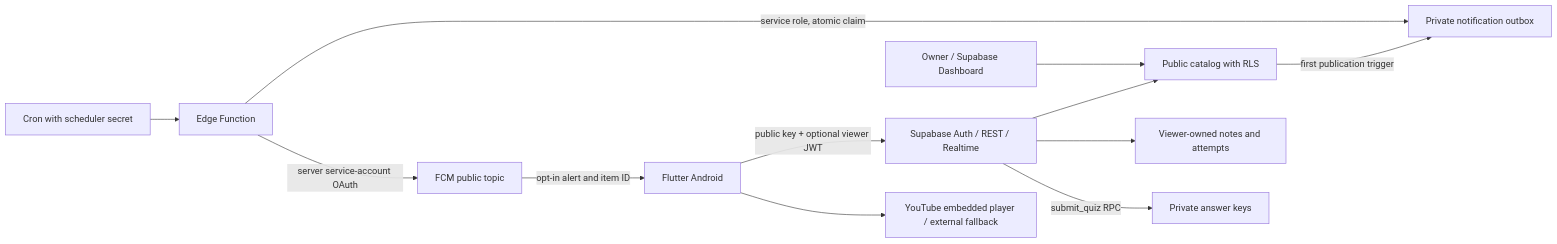
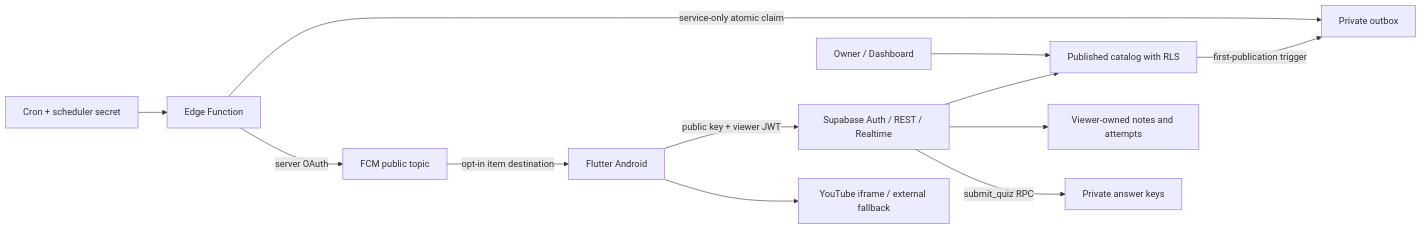
Before and after one commit to Ashiy-Ishan/curlymax_official: the diagram in docs/ARCHITECTURE.md, drawn with Mermaid. The commit also changed other lines of this file and 59 other files, not shown here.

````diff
--- a/docs/ARCHITECTURE.md
+++ b/docs/ARCHITECTURE.md
@@ -5,14 +13,14 @@
 ```mermaid
 flowchart LR
-  A[Flutter Android] -->|public key + optional viewer JWT| B[Supabase Auth / REST / Realtime]
-  B --> C[Public catalog with RLS]
+  A[Flutter Android] -->|public key + viewer JWT| B[Supabase Auth / REST / Realtime]
+  B --> C[Published catalog with RLS]
   B --> D[Viewer-owned notes and attempts]
   B -->|submit_quiz RPC| E[Private answer keys]
-  F[Owner / Supabase Dashboard] --> C
-  C -->|first publication trigger| G[Private notification outbox]
-  H[Cron with scheduler secret] --> I[Edge Function]
-  I -->|service role, atomic claim| G
-  I -->|server service-account OAuth| J[FCM public topic]
-  J -->|opt-in alert and item ID| A
-  A --> K[YouTube embedded player / external fallback]
+  F[Owner / Dashboard] --> C
+  C -->|first-publication trigger| G[Private outbox]
+  H[Cron + scheduler secret] --> I[Edge Function]
+  I -->|service-only atomic claim| G
+  I -->|server OAuth| J[FCM public topic]
+  J -->|opt-in item destination| A
+  A --> K[YouTube iframe / external fallback]
 ```
````
